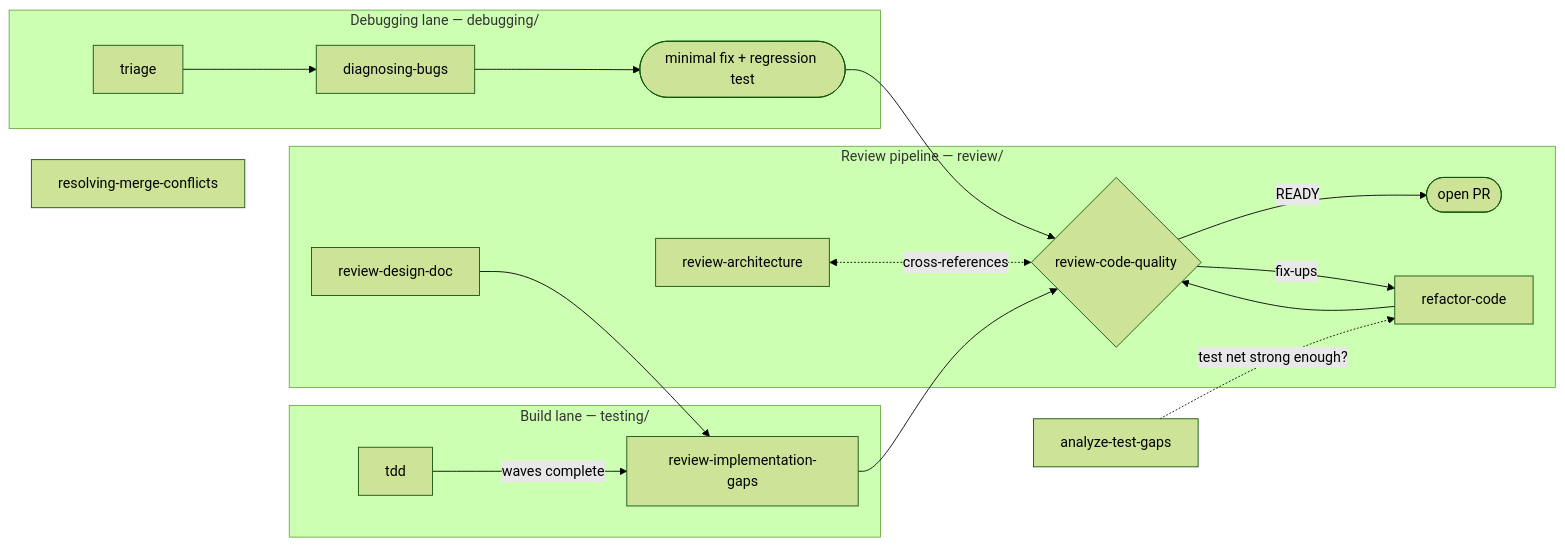
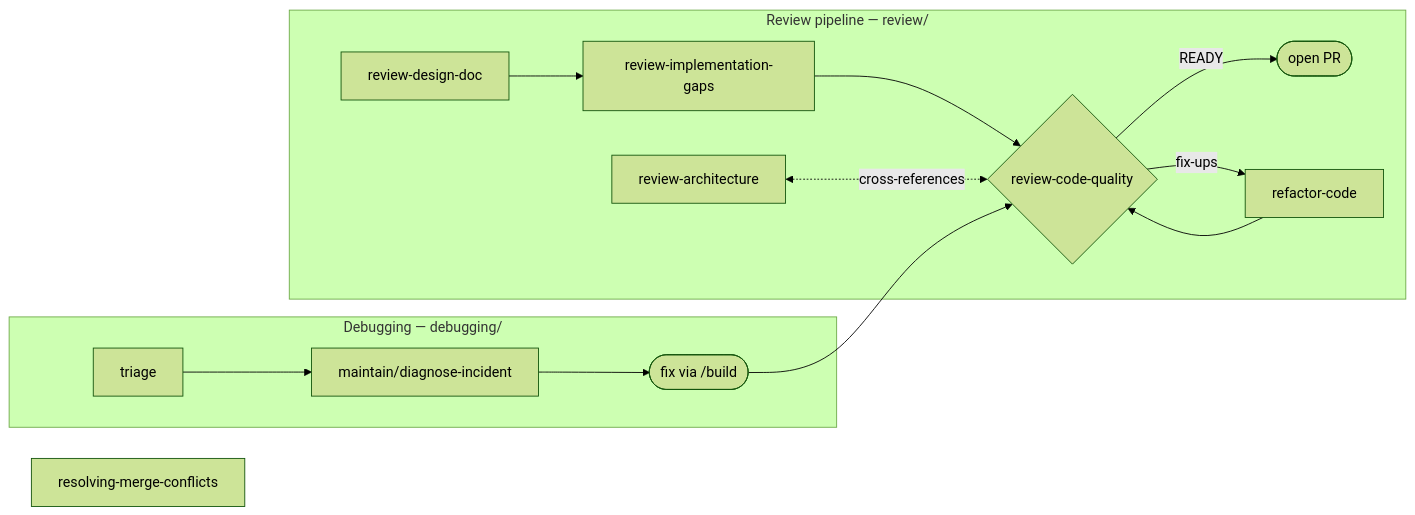
One commit to XinheLIU/agent-coding-skills changed the diagram in system/skills-src/quality/README.md. Above: the diagram before and after it, drawn with Mermaid (forest theme). The commit also changed other lines of this file and 195 other files, not shown here.

````diff
--- a/system/skills-src/quality/README.md
+++ b/system/skills-src/quality/README.md
@@ -13,17 +15,13 @@
 ```mermaid
 flowchart LR
-    subgraph BUILD["Build lane — testing/"]
-        TDD[tdd] -->|"waves complete"| RIG
-    end
     subgraph REVIEW["Review pipeline — review/"]
         RDD[review-design-doc] --> RIG[review-implementation-gaps] --> RCQ{review-code-quality}
         RA[review-architecture] <-.->|cross-references| RCQ
         RCQ -->|"READY"| PR([open PR])
         RCQ -->|"fix-ups"| RC[refactor-code] --> RCQ
     end
-    subgraph DEBUG["Debugging lane — debugging/"]
-        TRI[triage] --> DIA[diagnosing-bugs] --> FIX([minimal fix + regression test]) --> RCQ
+    subgraph DEBUG["Debugging — debugging/"]
+        TRI[triage] --> DX[maintain/diagnose-incident] --> FIX([fix via /build]) --> RCQ
     end
-    ATG[analyze-test-gaps] -.->|"test net strong enough?"| RC
     RMC[resolving-merge-conflicts]
 ```
````
